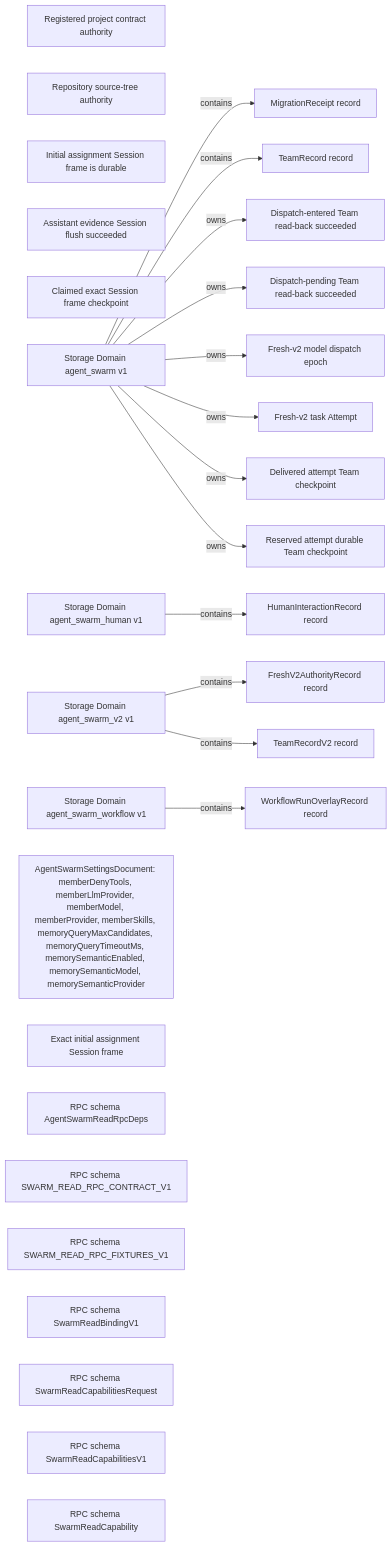
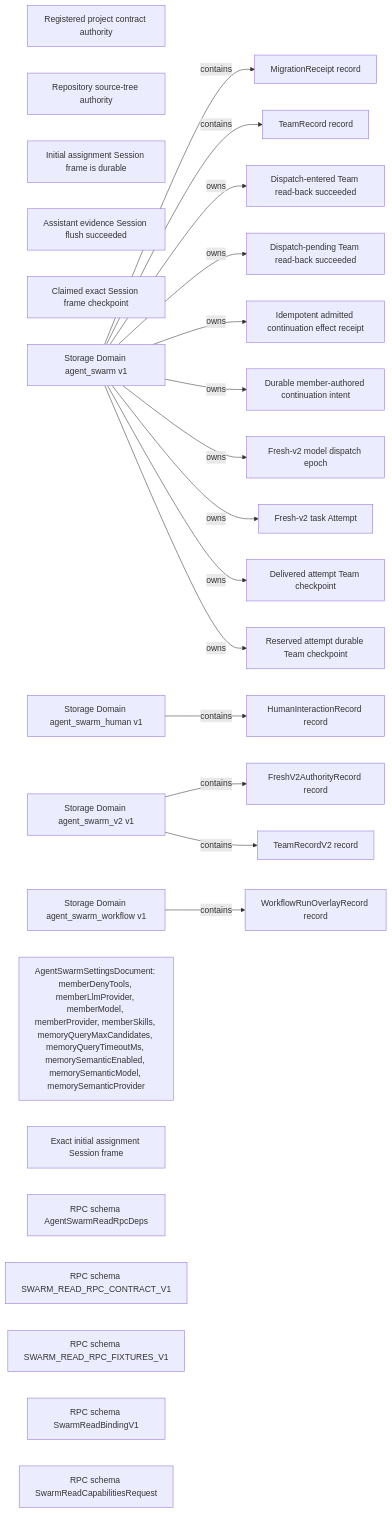
Before and after one commit to leinasi2014/dsh-agent-swarm: the sixth of 6 diagrams in docs/generated/knowledge-graph/domain-state.md, drawn with Mermaid. The commit also changed other lines of this file and 46 other files, not shown here.

````diff
--- a/docs/generated/knowledge-graph/domain-state.md
+++ b/docs/generated/knowledge-graph/domain-state.md
@@ -114,45 +116,47 @@
 ```mermaid
 flowchart LR
   n_617574686f726974793a70726f6a6563742d636f6e747261637473["Registered project contract authority"]
   n_617574686f726974793a736f757263652d74726565["Repository source-tree authority"]
   n_636865636b706f696e743a617474656d70742d64656c697665726564["Delivered attempt Team checkpoint"]
   n_636865636b706f696e743a617474656d70742d7265736572766564["Reserved attempt durable Team checkpoint"]
   n_636865636b706f696e743a66726573682d76322d61737369676e6d656e742d6672616d652d64757261626c65["Initial assignment Session frame is durable"]
   n_636865636b706f696e743a66726573682d76322d617373697374616e742d65766964656e63652d64757261626c65["Assistant evidence Session flush succeeded"]
   n_636865636b706f696e743a66726573682d76322d64697370617463682d656e74657265642d726561646261636b["Dispatch-entered Team read-back succeeded"]
   n_636865636b706f696e743a66726573682d76322d64697370617463682d70656e64696e672d726561646261636b["Dispatch-pending Team read-back succeeded"]
   n_636865636b706f696e743a73657373696f6e2d6672616d652d636c61696d6564["Claimed exact Session frame checkpoint"]
   n_646f6d61696e3a6167656e742d737761726d["Storage Domain agent_swarm v1"]
   n_646f6d61696e3a6167656e742d737761726d2d68756d616e["Storage Domain agent_swarm_human v1"]
   n_646f6d61696e3a6167656e742d737761726d2d7632["Storage Domain agent_swarm_v2 v1"]
   n_646f6d61696e3a6167656e742d737761726d2d776f726b666c6f77["Storage Domain agent_swarm_workflow v1"]
   n_656e746974793a6167656e742d737761726d2d68756d616e2f68756d616e696e746572616374696f6e7265636f7264["HumanInteractionRecord record"]
   n_656e746974793a6167656e742d737761726d2d76322f66726573687632617574686f726974797265636f7264["FreshV2AuthorityRecord record"]
   n_656e746974793a6167656e742d737761726d2d76322f7465616d7265636f72647632["TeamRecordV2 record"]
   n_656e746974793a6167656e742d737761726d2d776f726b666c6f772f776f726b666c6f7772756e6f7665726c61797265636f7264["WorkflowRunOverlayRecord record"]
   n_656e746974793a6167656e742d737761726d2f6d6967726174696f6e72656365697074["MigrationReceipt record"]
   n_656e746974793a6167656e742d737761726d2f7465616d7265636f7264["TeamRecord record"]
   n_656e746974793a636c69656e742d73657474696e67732f6167656e74737761726d73657474696e6773646f63756d656e74["AgentSwarmSettingsDocument: memberDenyTools, memberLlmProvider, memberModel, memberProvider, memberSkills, memoryQueryMaxCandidates, memoryQueryTimeoutMs, memorySemanticEnabled, memorySemanticModel, memorySemanticProvider"]
+  n_656e746974793a66726573682d76322d636f6e74696e756174696f6e2d656666656374["Idempotent admitted continuation effect receipt"]
+  n_656e746974793a66726573682d76322d636f6e74696e756174696f6e2d696e74656e74["Durable member-authored continuation intent"]
   n_656e746974793a66726573682d76322d696e697469616c2d61737369676e6d656e742d6672616d65["Exact initial assignment Session frame"]
   n_656e746974793a66726573682d76322d6d6f64656c2d64697370617463682d65706f6368["Fresh-v2 model dispatch epoch"]
   n_656e746974793a66726573682d76322d7461736b2d617474656d7074["Fresh-v2 task Attempt"]
   n_656e746974793a7270632d736368656d612f6167656e74737761726d7265616472706364657073["RPC schema AgentSwarmReadRpcDeps"]
   n_656e746974793a7270632d736368656d612f737761726d5f726561645f7270635f636f6e74726163745f7631["RPC schema SWARM_READ_RPC_CONTRACT_V1"]
   n_656e746974793a7270632d736368656d612f737761726d5f726561645f7270635f66697874757265735f7631["RPC schema SWARM_READ_RPC_FIXTURES_V1"]
   n_656e746974793a7270632d736368656d612f737761726d7265616462696e64696e677631["RPC schema SwarmReadBindingV1"]
   n_656e746974793a7270632d736368656d612f737761726d726561646361706162696c697469657372657175657374["RPC schema SwarmReadCapabilitiesRequest"]
-  n_656e746974793a7270632d736368656d612f737761726d726561646361706162696c69746965737631["RPC schema SwarmReadCapabilitiesV1"]
-  n_656e746974793a7270632d736368656d612f737761726d726561646361706162696c697479["RPC schema SwarmReadCapability"]
   n_646f6d61696e3a6167656e742d737761726d -->|contains| n_656e746974793a6167656e742d737761726d2f6d6967726174696f6e72656365697074
   n_646f6d61696e3a6167656e742d737761726d -->|contains| n_656e746974793a6167656e742d737761726d2f7465616d7265636f7264
   n_646f6d61696e3a6167656e742d737761726d2d68756d616e -->|contains| n_656e746974793a6167656e742d737761726d2d68756d616e2f68756d616e696e746572616374696f6e7265636f7264
   n_646f6d61696e3a6167656e742d737761726d2d7632 -->|contains| n_656e746974793a6167656e742d737761726d2d76322f66726573687632617574686f726974797265636f7264
   n_646f6d61696e3a6167656e742d737761726d2d7632 -->|contains| n_656e746974793a6167656e742d737761726d2d76322f7465616d7265636f72647632
   n_646f6d61696e3a6167656e742d737761726d2d776f726b666c6f77 -->|contains| n_656e746974793a6167656e742d737761726d2d776f726b666c6f772f776f726b666c6f7772756e6f7665726c61797265636f7264
   n_646f6d61696e3a6167656e742d737761726d -->|owns| n_636865636b706f696e743a66726573682d76322d64697370617463682d656e74657265642d726561646261636b
   n_646f6d61696e3a6167656e742d737761726d -->|owns| n_636865636b706f696e743a66726573682d76322d64697370617463682d70656e64696e672d726561646261636b
+  n_646f6d61696e3a6167656e742d737761726d -->|owns| n_656e746974793a66726573682d76322d636f6e74696e756174696f6e2d656666656374
+  n_646f6d61696e3a6167656e742d737761726d -->|owns| n_656e746974793a66726573682d76322d636f6e74696e756174696f6e2d696e74656e74
   n_646f6d61696e3a6167656e742d737761726d -->|owns| n_656e746974793a66726573682d76322d6d6f64656c2d64697370617463682d65706f6368
   n_646f6d61696e3a6167656e742d737761726d -->|owns| n_656e746974793a66726573682d76322d7461736b2d617474656d7074
   n_646f6d61696e3a6167656e742d737761726d -->|owns| n_636865636b706f696e743a617474656d70742d64656c697665726564
   n_646f6d61696e3a6167656e742d737761726d -->|owns| n_636865636b706f696e743a617474656d70742d7265736572766564
 ```
````
